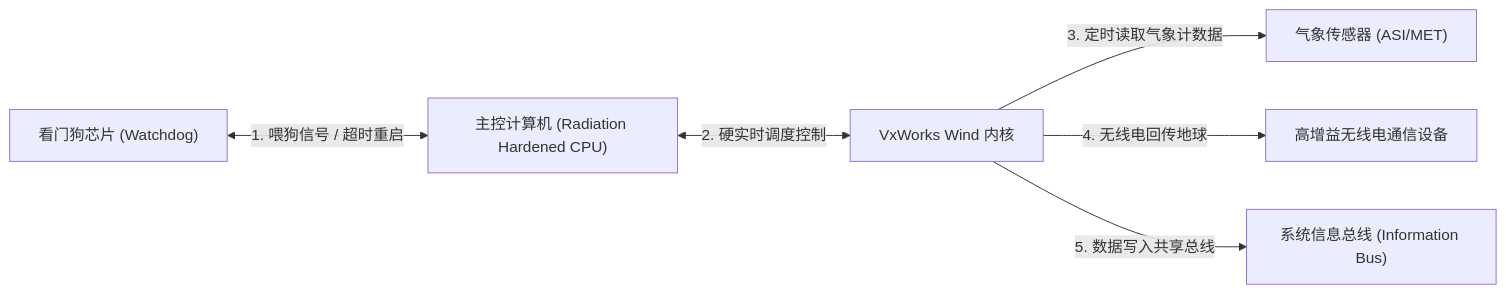
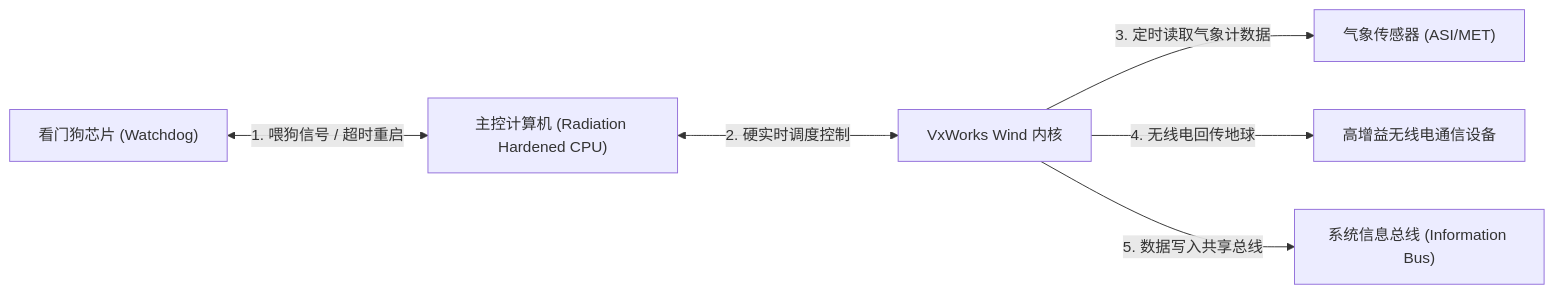
Before and after one commit to koosai/AI-Architect-Learning: the third of 7 diagrams in docs/atlas/vxworks.mdx, drawn with Mermaid. The commit also changed other lines of this file and 68 other files, not shown here.

Commit message:
fix(atlas): fix browser client-side Mermaid rendering for mindmaps and flowcharts across 67 case studies

````diff
--- a/docs/atlas/vxworks.mdx
+++ b/docs/atlas/vxworks.mdx
@@ -100,8 +100,8 @@
 ```mermaid
 graph LR
   WatchdogHardware["看门狗芯片 (Watchdog)"] <-->|1. 喂狗信号 / 超时重启| CPU["主控计算机 (Radiation Hardened CPU)"]
-  CPU <-->|2. 硬实时调度控制| VxWorksKernel["VxWorks Wind 内核"]
+  CPU <--->|2. 硬实时调度控制| VxWorksKernel["VxWorks Wind 内核"]
   VxWorksKernel -->|3. 定时读取气象计数据| ASI_Sensor["气象传感器 (ASI/MET)"]
   VxWorksKernel -->|4. 无线电回传地球| CommTransceiver["高增益无线电通信设备"]
   VxWorksKernel -->|5. 数据写入共享总线| SharedBus["系统信息总线 (Information Bus)"]
 ```
````
